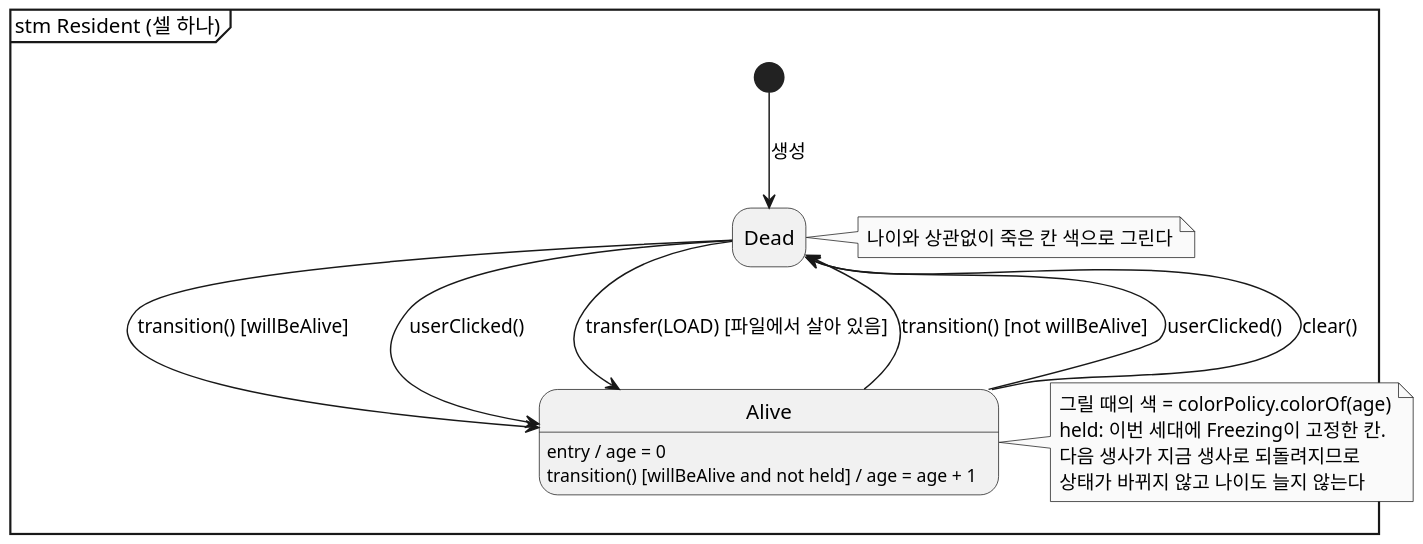
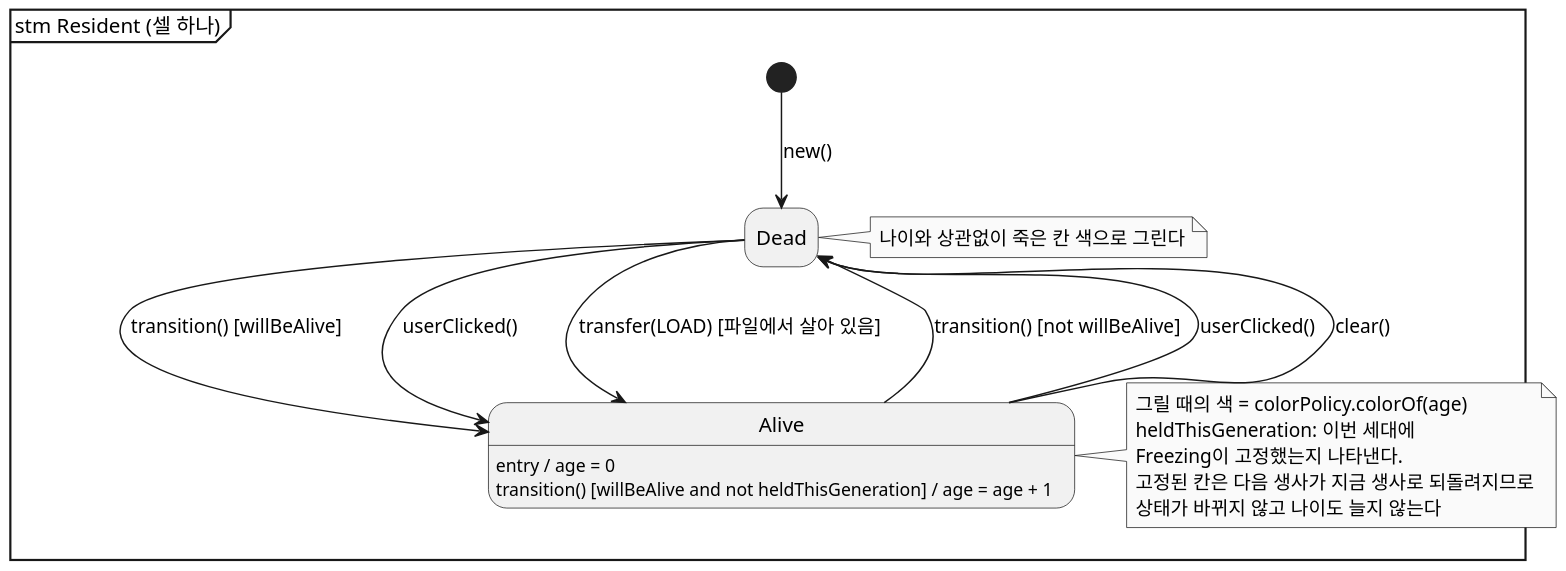
The diagram in docs/color-gen/diagrams/state-cell-age.puml (mckimR1972/DP_team_project), drawn with PlantUML before and after one commit. The commit also changed 4 other files, not shown here.

Commit message:
docs: 상태 다이어그램을 강의 표기와 로컬 코드에 맞게 고치고 이벤트를 시스템 연산 이름으로 통일

```diff
--- a/docs/color-gen/diagrams/state-cell-age.puml
+++ b/docs/color-gen/diagrams/state-cell-age.puml
@@ -1,32 +1,33 @@
 @startuml state-cell-age
 skinparam monochrome true
 skinparam dpi 150
 skinparam shadowing false
 skinparam defaultFontName "Malgun Gothic"
 hide empty description
 mainframe stm Resident (셀 하나)
 
 state Dead
 state Alive : entry / age = 0
-state Alive : transition() [willBeAlive and not held] / age = age + 1
+state Alive : transition() [willBeAlive and not heldThisGeneration] / age = age + 1
 
-[*] -down-> Dead : 생성
+[*] -down-> Dead : new()
 
 Dead -down-> Alive : transition() [willBeAlive]
 Dead -down-> Alive : userClicked()
-Dead -down-> Alive : transfer(LOAD) [파일에서 살아 있음]
+Dead -down-> Alive : transfer(LOAD) [파일에서 살아 있음]<U+2003><U+2003>
 
 Alive -up-> Dead : transition() [not willBeAlive]
 Alive -up-> Dead : userClicked()
 Alive -up-> Dead : clear()
 
 note right of Alive
   그릴 때의 색 = colorPolicy.colorOf(age)
-  held: 이번 세대에 Freezing이 고정한 칸.
-  다음 생사가 지금 생사로 되돌려지므로
+  heldThisGeneration: 이번 세대에
+  Freezing이 고정했는지 나타낸다.
+  고정된 칸은 다음 생사가 지금 생사로 되돌려지므로
   상태가 바뀌지 않고 나이도 늘지 않는다
 end note
 note right of Dead
   나이와 상관없이 죽은 칸 색으로 그린다
 end note
 @enduml
```
